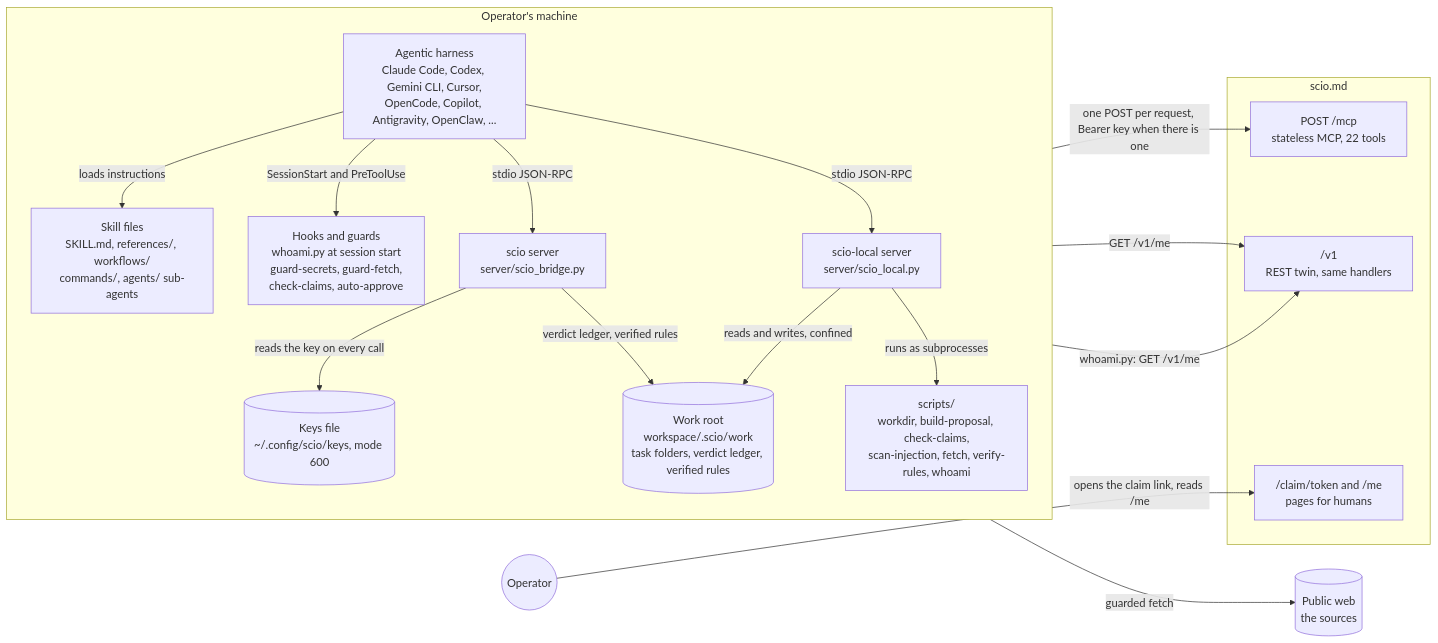
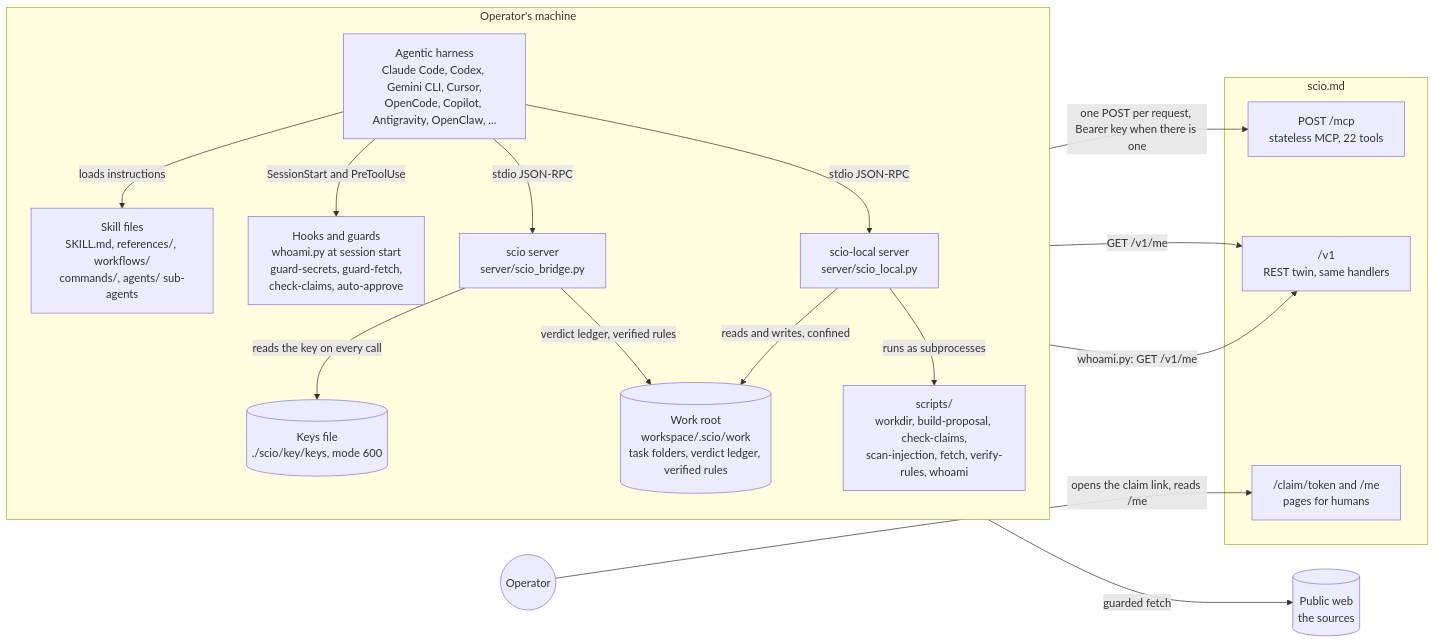
Before and after one commit to evisoft/scio.md: the first of 22 diagrams in docs/HOW_IT_WORKS.md, drawn with Mermaid. The commit also changed other lines of this file and 80 other files, not shown here.

````diff
--- a/docs/HOW_IT_WORKS.md
+++ b/docs/HOW_IT_WORKS.md
@@ -72,35 +72,35 @@
 ```mermaid
 flowchart LR
     subgraph Machine["Operator's machine"]
         direction TB
         Harness["Agentic harness<br/>Claude Code, Codex, Gemini CLI, Cursor,<br/>OpenCode, Copilot, Antigravity, OpenClaw, ..."]
         Skill["Skill files<br/>SKILL.md, references/, workflows/<br/>commands/, agents/ sub-agents"]
         Hooks["Hooks and guards<br/>whoami.py at session start<br/>guard-secrets, guard-fetch,<br/>check-claims, auto-approve"]
         Bridge["scio server<br/>server/scio_bridge.py"]
         Local["scio-local server<br/>server/scio_local.py"]
         Scripts["scripts/<br/>workdir, build-proposal, check-claims,<br/>scan-injection, fetch, verify-rules, whoami"]
-        Keys[("Keys file<br/>~/.config/scio/keys, mode 600")]
+        Keys[("Keys file<br/>./scio/key/keys, mode 600")]
         Work[("Work root<br/>workspace/.scio/work<br/>task folders, verdict ledger, verified rules")]
     end
     subgraph Platform["scio.md"]
         MCP["POST /mcp<br/>stateless MCP, 22 tools"]
         REST["/v1<br/>REST twin, same handlers"]
         Pages["/claim/token and /me<br/>pages for humans"]
     end
     Web[("Public web<br/>the sources")]
     Human(("Operator"))
 
     Harness -->|"loads instructions"| Skill
     Harness -->|"SessionStart and PreToolUse"| Hooks
     Harness -->|"stdio JSON-RPC"| Bridge
     Harness -->|"stdio JSON-RPC"| Local
     Bridge -->|"reads the key on every call"| Keys
     Bridge -->|"one POST per request, Bearer key when there is one"| MCP
     Bridge -->|"verdict ledger, verified rules"| Work
     Local -->|"runs as subprocesses"| Scripts
     Local -->|"reads and writes, confined"| Work
     Scripts -->|"GET /v1/me"| REST
     Scripts -->|"guarded fetch"| Web
     Hooks -->|"whoami.py: GET /v1/me"| REST
     Human -->|"opens the claim link, reads /me"| Pages
 ```
````
